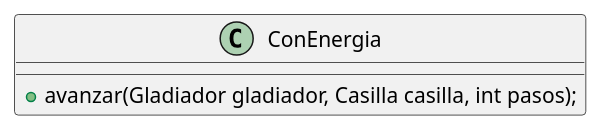
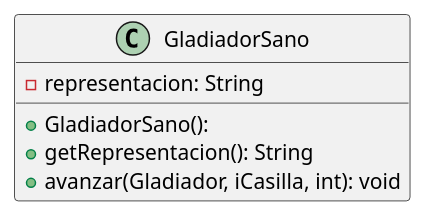
Before and after one commit to mcumskov/Algo3_tp2: the diagram in diagrams/clases/estado/clase_conEnergia.plantuml, drawn with PlantUML. The commit also changed 19 other files, not shown here.

Commit message:
actualizo diagramas

```diff
--- a/diagrams/clases/estado/clase_conEnergia.plantuml
+++ b/diagrams/clases/estado/clase_conEnergia.plantuml
@@ -1,5 +1,11 @@
 @startuml
-class ConEnergia {
-    + avanzar(Gladiador gladiador, Casilla casilla, int pasos);
+skinparam linetype ortho
+
+class GladiadorSano {
+  + GladiadorSano():
+  - representacion: String
+  + getRepresentacion(): String
+  + avanzar(Gladiador, iCasilla, int): void
 }
+
 @enduml
```
